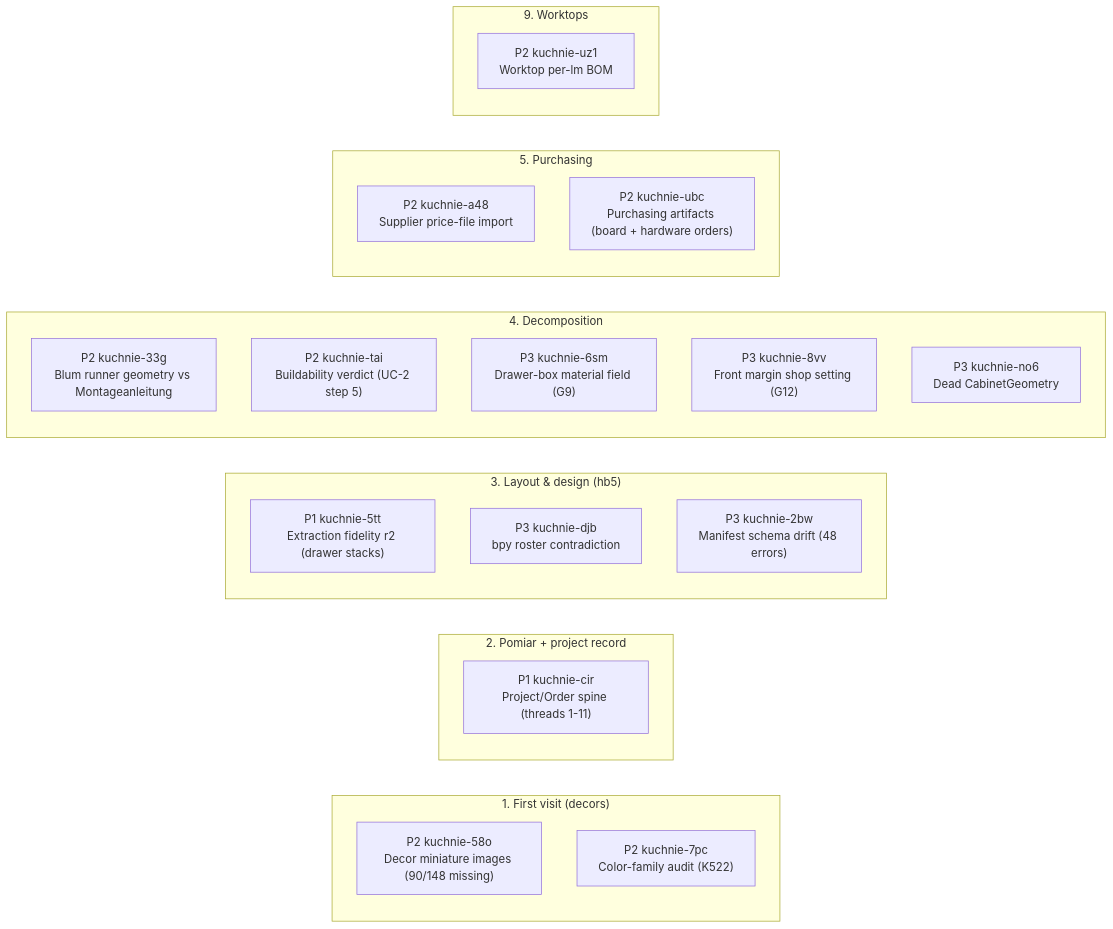
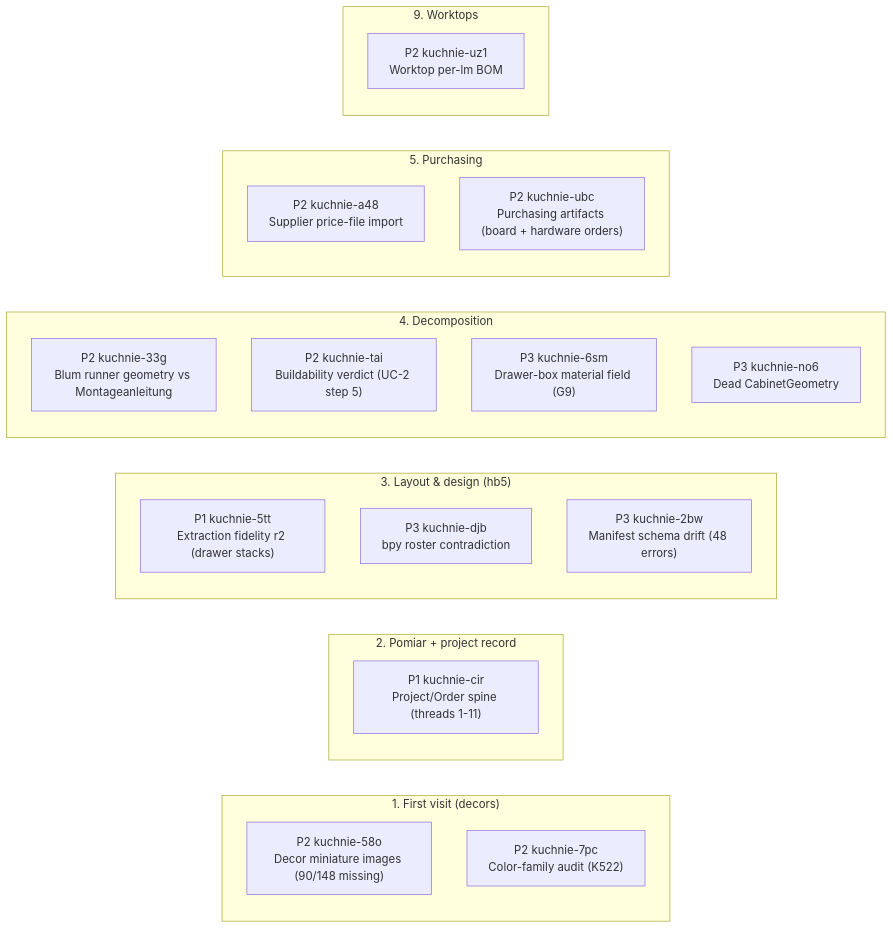
One commit to m1981/kuchnie changed the diagram in STATUS.md. Above: the diagram before and after it, drawn with Mermaid. The commit also changed other lines of this file and 15 other files, not shown here.

````diff
--- a/STATUS.md
+++ b/STATUS.md
@@ -35,29 +35,28 @@
 ```mermaid
 flowchart LR
     subgraph s1 ["1. First visit (decors)"]
         kuchnie_58o["P2 kuchnie-58o<br/>Decor miniature images (90/148 missing)"]
         kuchnie_7pc["P2 kuchnie-7pc<br/>Color-family audit (K522)"]
     end
     subgraph s2 ["2. Pomiar + project record"]
         kuchnie_cir["P1 kuchnie-cir<br/>Project/Order spine (threads 1-11)"]
     end
     subgraph s3 ["3. Layout & design (hb5)"]
         kuchnie_5tt["P1 kuchnie-5tt<br/>Extraction fidelity r2 (drawer stacks)"]
         kuchnie_djb["P3 kuchnie-djb<br/>bpy roster contradiction"]
         kuchnie_2bw["P3 kuchnie-2bw<br/>Manifest schema drift (48 errors)"]
     end
     subgraph s4 ["4. Decomposition"]
         kuchnie_33g["P2 kuchnie-33g<br/>Blum runner geometry vs Montageanleitung"]
         kuchnie_tai["P2 kuchnie-tai<br/>Buildability verdict (UC-2 step 5)"]
         kuchnie_6sm["P3 kuchnie-6sm<br/>Drawer-box material field (G9)"]
-        kuchnie_8vv["P3 kuchnie-8vv<br/>Front margin shop setting (G12)"]
         kuchnie_no6["P3 kuchnie-no6<br/>Dead CabinetGeometry"]
     end
     subgraph s5 ["5. Purchasing"]
         kuchnie_a48["P2 kuchnie-a48<br/>Supplier price-file import"]
         kuchnie_ubc["P2 kuchnie-ubc<br/>Purchasing artifacts (board + hardware orders)"]
     end
     subgraph s9 ["9. Worktops"]
         kuchnie_uz1["P2 kuchnie-uz1<br/>Worktop per-lm BOM"]
     end
 ```
````
